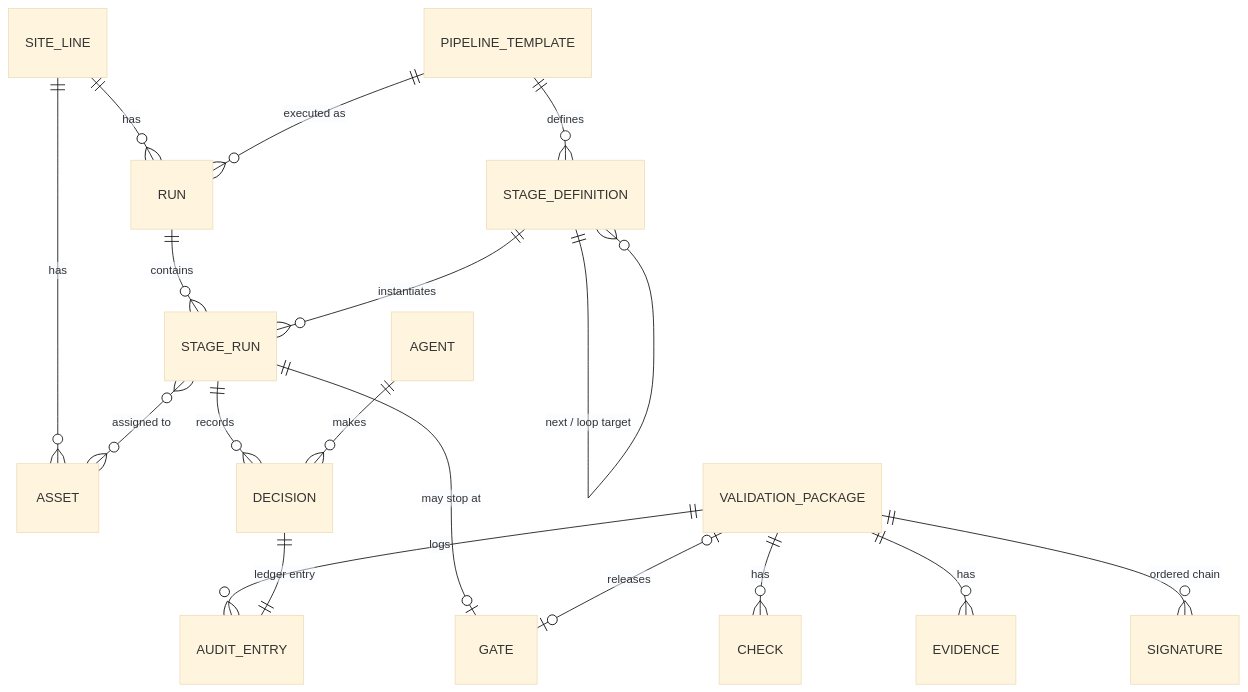
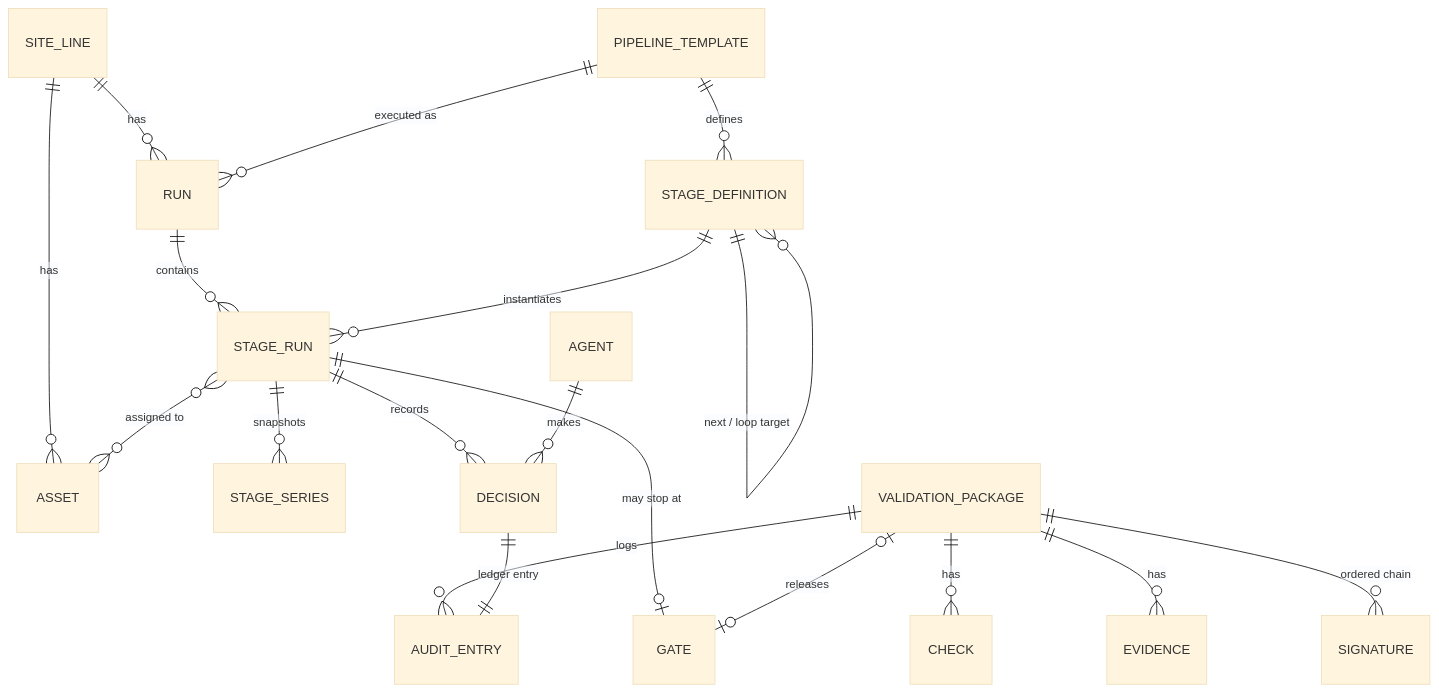
The diagram in docs/data-model.md (AloysJehwin/ai_warriors), drawn with Mermaid (base theme) before and after one commit. The commit also changed other lines of this file and 68 other files, not shown here.

````diff
--- a/docs/data-model.md
+++ b/docs/data-model.md
@@ -24,20 +26,21 @@
 ```mermaid
 erDiagram
     SITE_LINE ||--o{ ASSET : has
     SITE_LINE ||--o{ RUN : has
     PIPELINE_TEMPLATE ||--o{ STAGE_DEFINITION : defines
     PIPELINE_TEMPLATE ||--o{ RUN : "executed as"
     STAGE_DEFINITION ||--o{ STAGE_DEFINITION : "next / loop target"
     RUN ||--o{ STAGE_RUN : contains
+    STAGE_RUN ||--o{ STAGE_SERIES : snapshots
     STAGE_DEFINITION ||--o{ STAGE_RUN : instantiates
     STAGE_RUN ||--o{ DECISION : records
     STAGE_RUN }o--o{ ASSET : "assigned to"
     AGENT ||--o{ DECISION : makes
     STAGE_RUN ||--o| GATE : "may stop at"
     VALIDATION_PACKAGE |o--o| GATE : releases
     VALIDATION_PACKAGE ||--o{ CHECK : has
     VALIDATION_PACKAGE ||--o{ EVIDENCE : has
     VALIDATION_PACKAGE ||--o{ SIGNATURE : "ordered chain"
     VALIDATION_PACKAGE ||--o{ AUDIT_ENTRY : logs
     DECISION ||--|| AUDIT_ENTRY : "ledger entry"
 ```
````
